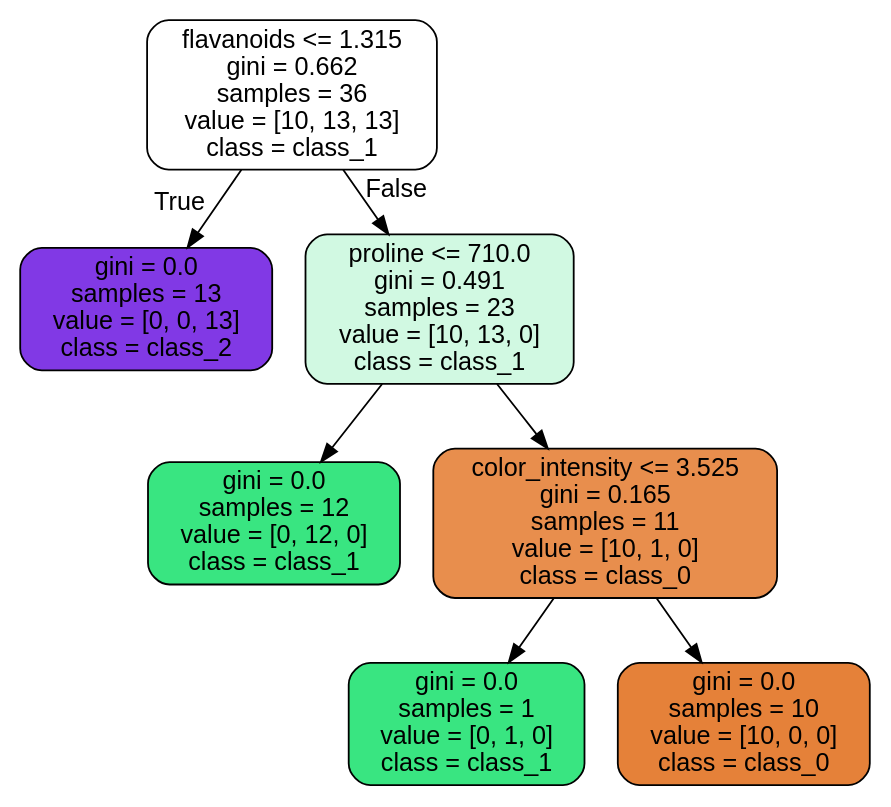
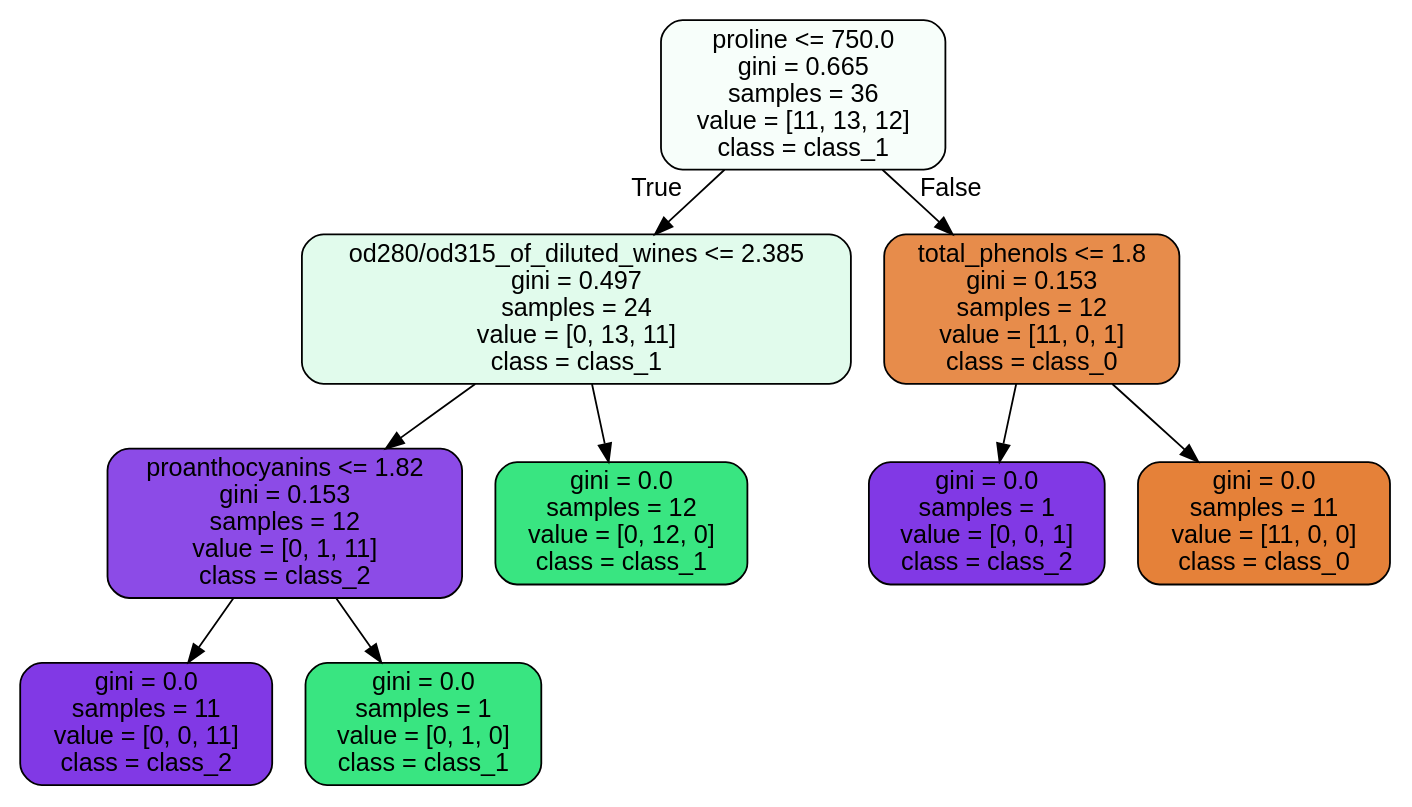
One commit to JoseDeJesusMendozaBecerril/Practica4_MineriaDeDatos changed the diagram in images/decision_trees/wine_tree_test.dot. Above: the diagram before and after it, drawn with Graphviz. The commit also changed 8 other files, not shown here.

```diff
--- a/images/decision_trees/wine_tree_test.dot
+++ b/images/decision_trees/wine_tree_test.dot
@@ -1,17 +1,21 @@
 digraph Tree {
 node [shape=box, style="filled, rounded", color="black", fontname=helvetica] ;
 edge [fontname=helvetica] ;
-0 [label="flavanoids <= 1.315\ngini = 0.662\nsamples = 36\nvalue = [10, 13, 13]\nclass = class_1", fillcolor="#ffffff"] ;
-1 [label="gini = 0.0\nsamples = 13\nvalue = [0, 0, 13]\nclass = class_2", fillcolor="#8139e5"] ;
+0 [label="proline <= 750.0\ngini = 0.665\nsamples = 36\nvalue = [11, 13, 12]\nclass = class_1", fillcolor="#f7fefa"] ;
+1 [label="od280/od315_of_diluted_wines <= 2.385\ngini = 0.497\nsamples = 24\nvalue = [0, 13, 11]\nclass = class_1", fillcolor="#e1fbec"] ;
 0 -> 1 [labeldistance=2.5, labelangle=45, headlabel="True"] ;
-2 [label="proline <= 710.0\ngini = 0.491\nsamples = 23\nvalue = [10, 13, 0]\nclass = class_1", fillcolor="#d1f9e2"] ;
-0 -> 2 [labeldistance=2.5, labelangle=-45, headlabel="False"] ;
-3 [label="gini = 0.0\nsamples = 12\nvalue = [0, 12, 0]\nclass = class_1", fillcolor="#39e581"] ;
+2 [label="proanthocyanins <= 1.82\ngini = 0.153\nsamples = 12\nvalue = [0, 1, 11]\nclass = class_2", fillcolor="#8c4be7"] ;
+1 -> 2 ;
+3 [label="gini = 0.0\nsamples = 11\nvalue = [0, 0, 11]\nclass = class_2", fillcolor="#8139e5"] ;
 2 -> 3 ;
-4 [label="color_intensity <= 3.525\ngini = 0.165\nsamples = 11\nvalue = [10, 1, 0]\nclass = class_0", fillcolor="#e88e4d"] ;
+4 [label="gini = 0.0\nsamples = 1\nvalue = [0, 1, 0]\nclass = class_1", fillcolor="#39e581"] ;
 2 -> 4 ;
-5 [label="gini = 0.0\nsamples = 1\nvalue = [0, 1, 0]\nclass = class_1", fillcolor="#39e581"] ;
-4 -> 5 ;
-6 [label="gini = 0.0\nsamples = 10\nvalue = [10, 0, 0]\nclass = class_0", fillcolor="#e58139"] ;
-4 -> 6 ;
+5 [label="gini = 0.0\nsamples = 12\nvalue = [0, 12, 0]\nclass = class_1", fillcolor="#39e581"] ;
+1 -> 5 ;
+6 [label="total_phenols <= 1.8\ngini = 0.153\nsamples = 12\nvalue = [11, 0, 1]\nclass = class_0", fillcolor="#e78c4b"] ;
+0 -> 6 [labeldistance=2.5, labelangle=-45, headlabel="False"] ;
+7 [label="gini = 0.0\nsamples = 1\nvalue = [0, 0, 1]\nclass = class_2", fillcolor="#8139e5"] ;
+6 -> 7 ;
+8 [label="gini = 0.0\nsamples = 11\nvalue = [11, 0, 0]\nclass = class_0", fillcolor="#e58139"] ;
+6 -> 8 ;
 }
```
